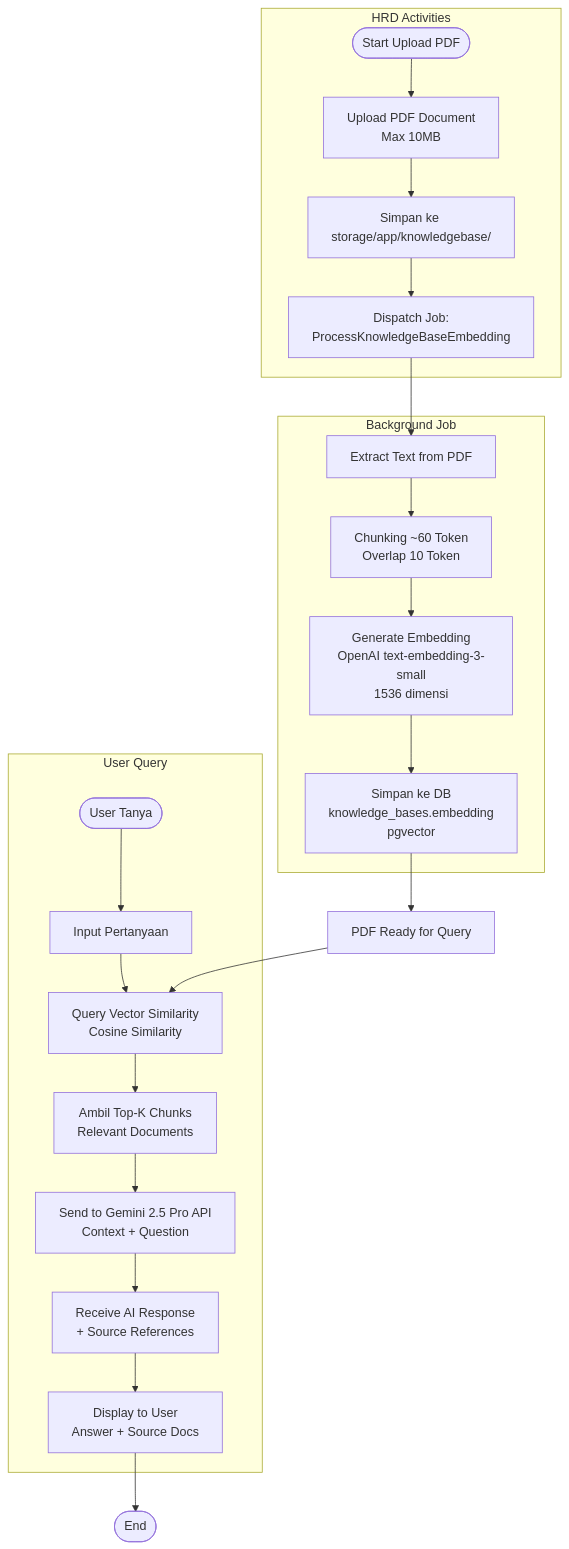
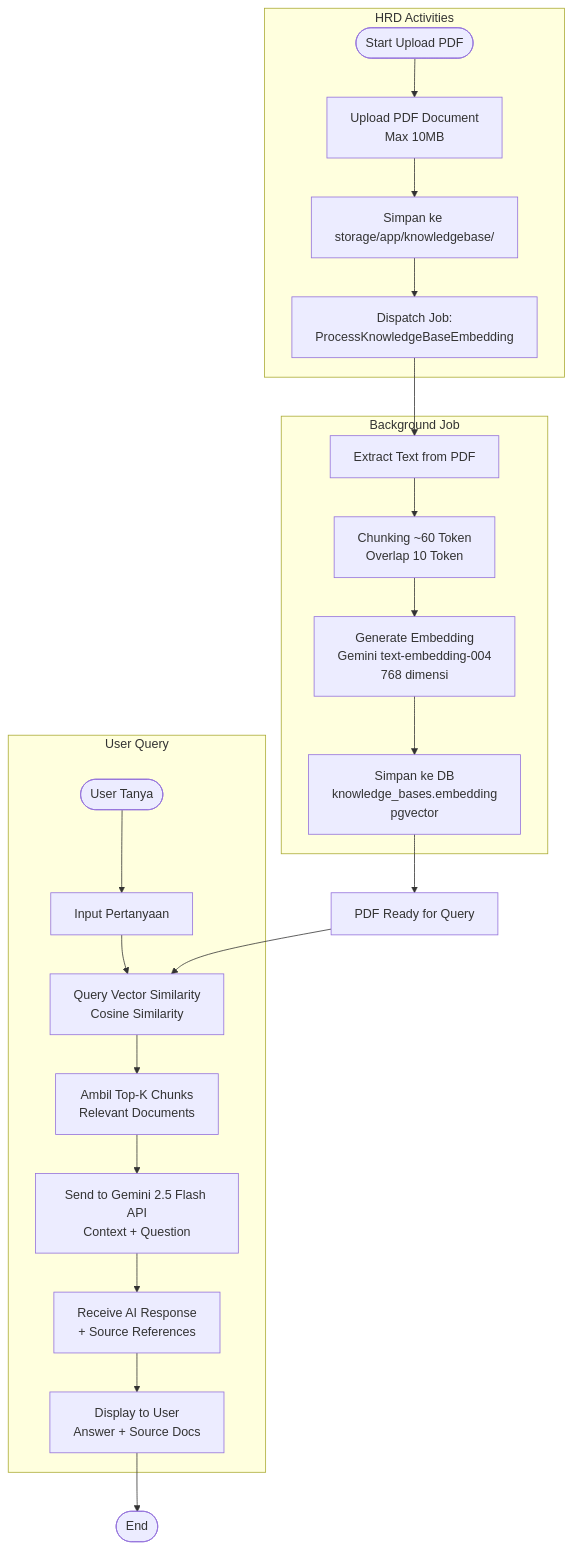
Before and after one commit to Merger2/hrconnect: the fifth of 6 diagrams in docs/architecture/activity-diagrams.md, drawn with Mermaid. The commit also changed other lines of this file and 23 other files, not shown here.

````diff
--- a/docs/architecture/activity-diagrams.md
+++ b/docs/architecture/activity-diagrams.md
@@ -225,28 +225,28 @@
 ```mermaid
 flowchart TD
     subgraph HRD Activities
         Start([Start Upload PDF]) --> UploadPDF[Upload PDF Document<br/>Max 10MB]
         UploadPDF --> SavePDF[Simpan ke storage/app/knowledgebase/]
         SavePDF --> DispatchJob[Dispatch Job:<br/>ProcessKnowledgeBaseEmbedding]
     end
     
     subgraph Background Job
         DispatchJob --> ExtractText[Extract Text from PDF]
         ExtractText --> Chunking[Chunking ~60 Token<br/>Overlap 10 Token]
-        Chunking --> GenEmbedding[Generate Embedding<br/>OpenAI text-embedding-3-small<br/>1536 dimensi]
+        Chunking --> GenEmbedding[Generate Embedding<br/>Gemini text-embedding-004<br/>768 dimensi]
         GenEmbedding --> SaveVector[Simpan ke DB<br/>knowledge_bases.embedding<br/>pgvector]
     end
     
     subgraph User Query
         UserAsk([User Tanya]) --> InputQuery[Input Pertanyaan]
         InputQuery --> VectorQuery[Query Vector Similarity<br/>Cosine Similarity]
         VectorQuery --> GetTopK[Ambil Top-K Chunks<br/>Relevant Documents]
-        GetTopK --> SendToGemini[Send to Gemini 2.5 Pro API<br/>Context + Question]
+        GetTopK --> SendToGemini[Send to Gemini 2.5 Flash API<br/>Context + Question]
         SendToGemini --> GetResponse[Receive AI Response<br/>+ Source References]
         GetResponse --> Display[Display to User<br/>Answer + Source Docs]
     end
     
     SaveVector --> Ready[PDF Ready for Query]
     Ready --> VectorQuery
     Display --> End([End])
 ```
````
